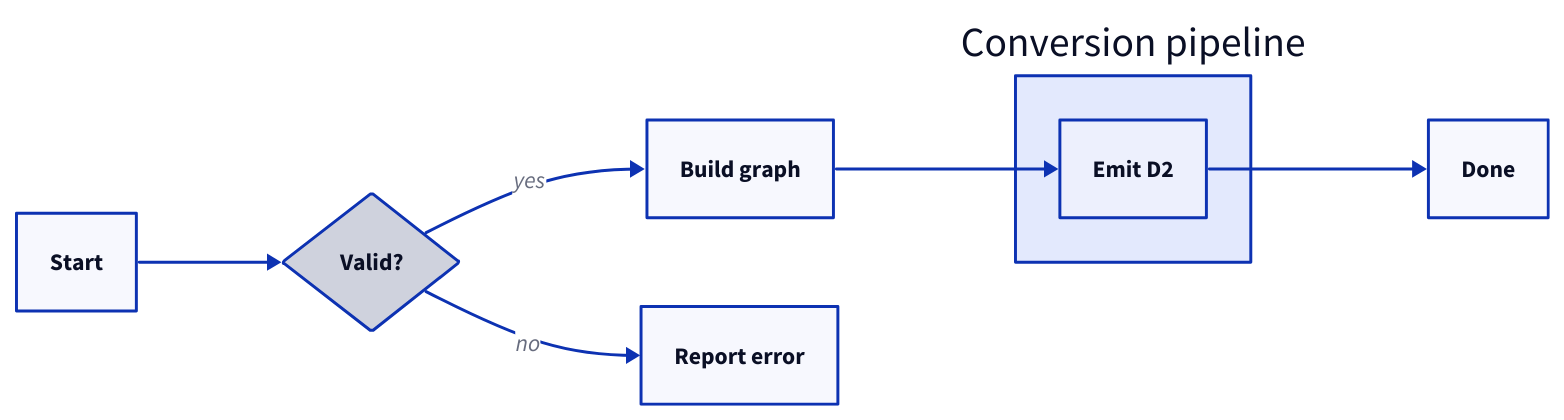
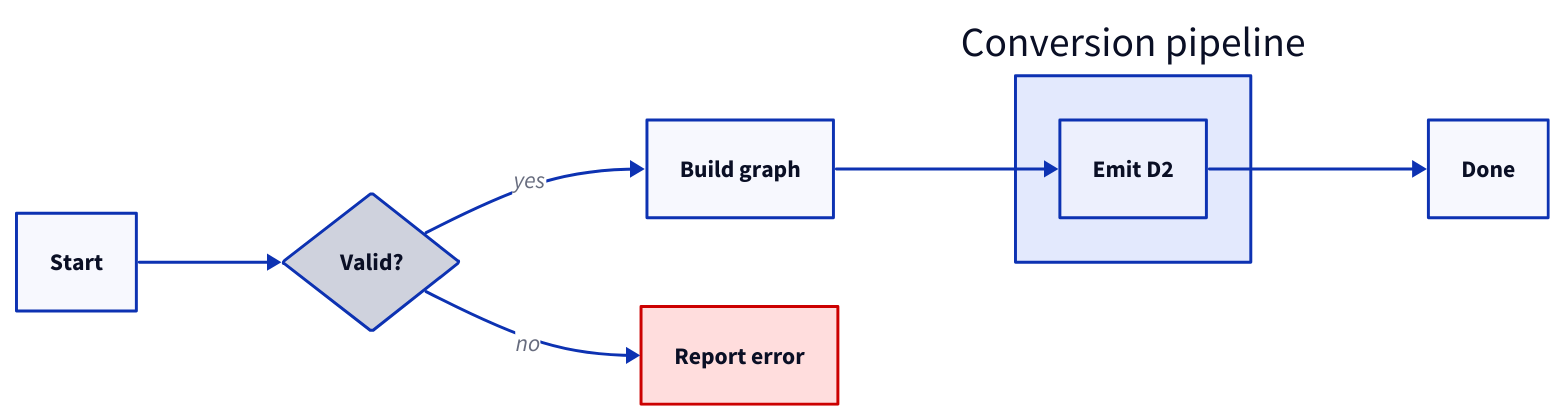
Before and after one commit to noamsto/mermaid2d2: the diagram in docs/examples/flowchart.d2, drawn with D2. The commit also changed 6 other files, not shown here.

First line of the commit message:
feat: map Mermaid flowchart classDef/class styling to D2

```diff
--- a/docs/examples/flowchart.d2
+++ b/docs/examples/flowchart.d2
@@ -1,12 +1,21 @@
 direction: right
+classes: {
+  error: {
+    style: {
+      fill: "#fdd"
+      stroke: "#c00"
+      stroke-width: 2
+    }
+  }
+}
 Parse: Valid? {shape: diamond}
 Build: Build graph
-Fail: Report error
+Fail: Report error {class: error}
 pipeline: Conversion pipeline {
   Emit: Emit D2
 }
 Start -> Parse
 Parse -> Build: yes
 Parse -> Fail: no
 Build -> pipeline.Emit
 pipeline.Emit -> Done
```
